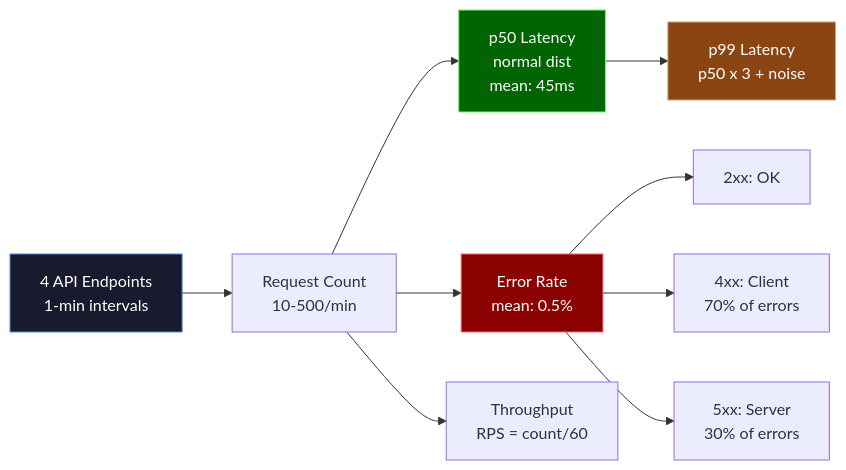
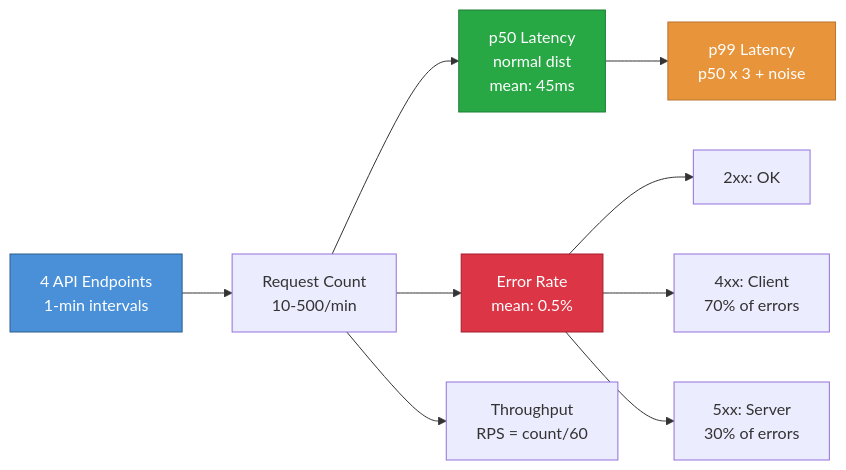
One commit to henryodibi11/Odibi changed the third of 4 diagrams in docs/simulation/patterns/business_it.md. Above: the diagram before and after it, drawn with Mermaid. The commit also changed other lines of this file and 7 other files, not shown here.

First line of the commit message:
Fix mermaid diagram colors for readability across all 26 diagrams

````diff
--- a/docs/simulation/patterns/business_it.md
+++ b/docs/simulation/patterns/business_it.md
@@ -628,16 +628,16 @@
 ```mermaid
 flowchart LR
     A["4 API Endpoints\n1-min intervals"] --> B["Request Count\n10-500/min"]
     B --> C["p50 Latency\nnormal dist\nmean: 45ms"]
     C --> D["p99 Latency\np50 x 3 + noise"]
     B --> E["Error Rate\nmean: 0.5%"]
     E --> F["2xx: OK"]
     E --> G["4xx: Client\n70% of errors"]
     E --> H["5xx: Server\n30% of errors"]
     B --> I["Throughput\nRPS = count/60"]
 
-    style A fill:#1a1a2e,stroke:#4a90d9,color:#ffffff
-    style C fill:#006400,stroke:#66ff66,color:#ffffff
-    style D fill:#8B4513,stroke:#d4a574,color:#ffffff
-    style E fill:#8B0000,stroke:#ff6666,color:#ffffff
+    style A fill:#4a90d9,stroke:#2c5f8a,color:#ffffff
+    style C fill:#28a745,stroke:#1e7e34,color:#ffffff
+    style D fill:#e8943a,stroke:#b8732e,color:#ffffff
+    style E fill:#dc3545,stroke:#a71d2a,color:#ffffff
 ```
````
